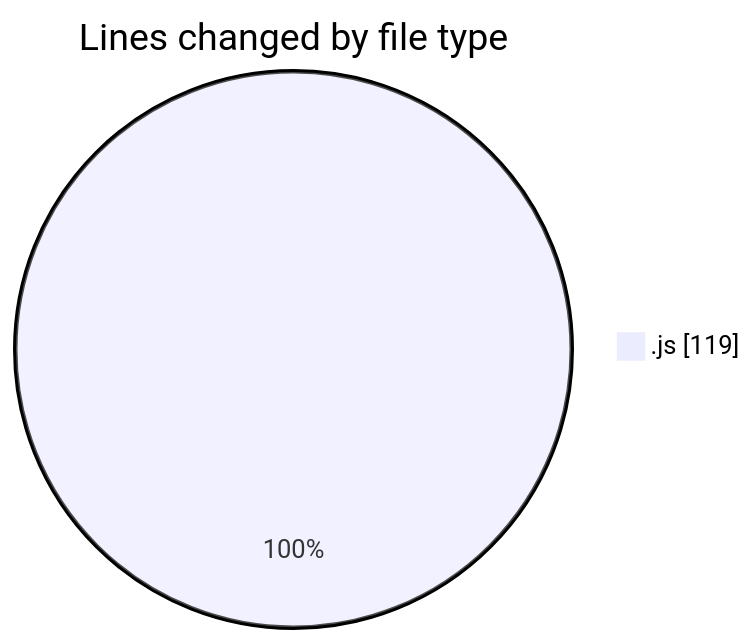
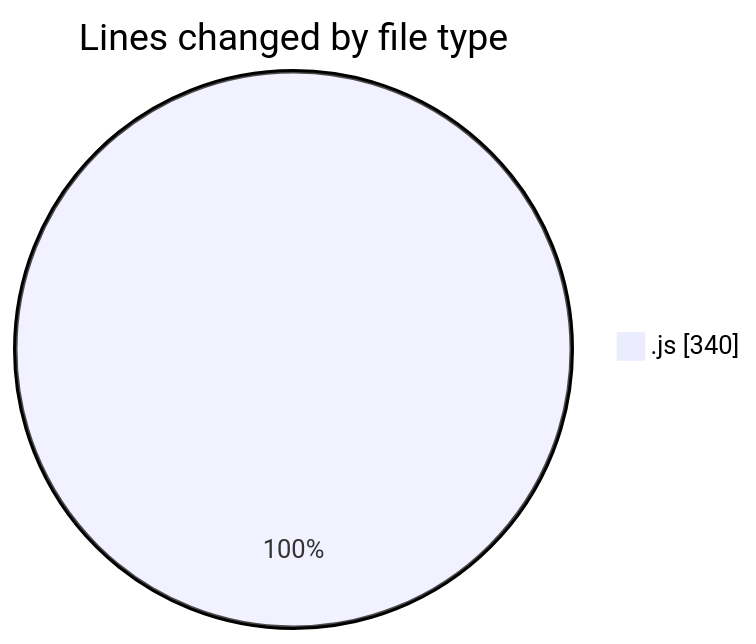
The first of 2 diagrams in 2026-02-20/bot_i_a/README.md (becaeroporto-bot/code-tracking), drawn with Mermaid before and after one commit. The commit also changed other lines of this file and 1 other file, not shown here.

````diff
--- a/2026-02-20/bot_i_a/README.md
+++ b/2026-02-20/bot_i_a/README.md
@@ -20,5 +23,5 @@
 ```mermaid
 pie showData
 title Lines changed by file type
-".js" : 119
+".js" : 340
 ```
````
